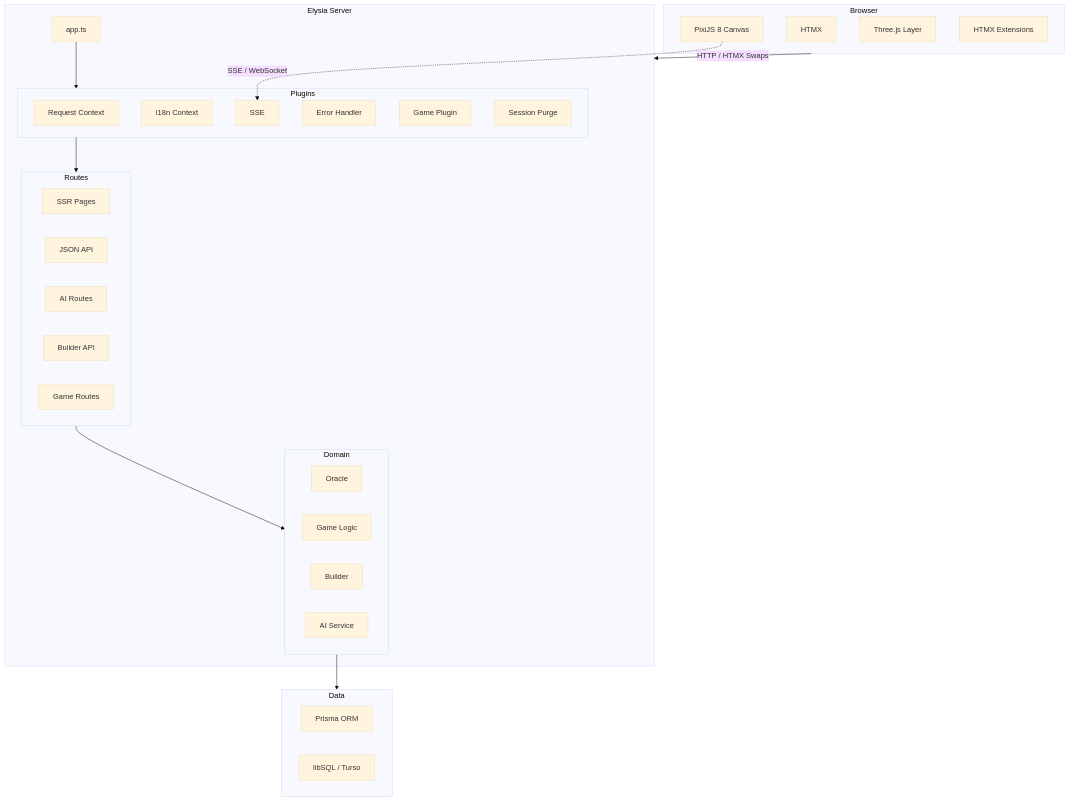
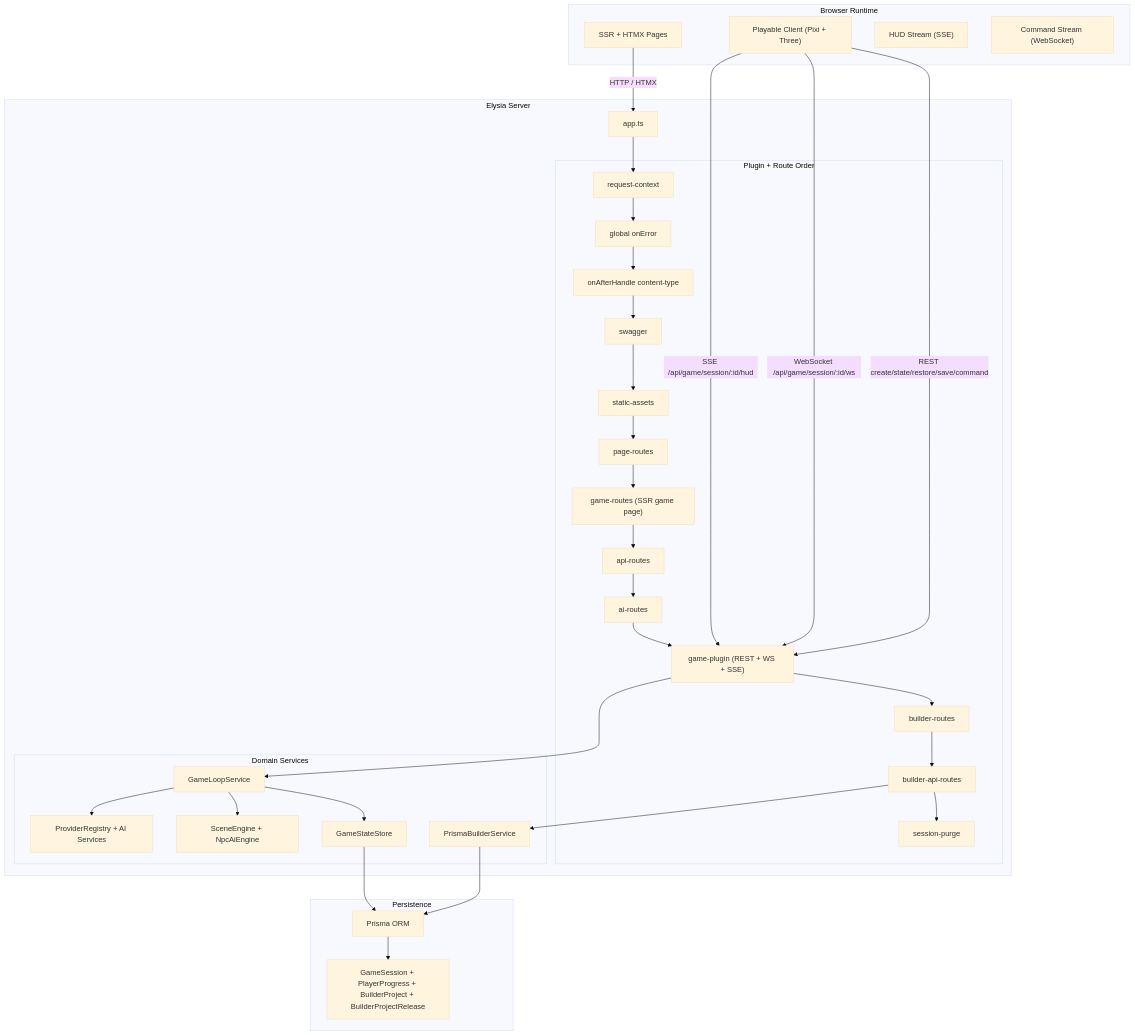
Before and after one commit to d4551/tea: the first of 12 diagrams in README.md, drawn with Mermaid (base theme). The commit also changed other lines of this file and 35 other files, not shown here.

Commit message:
refactor game runtime contracts, builder persistence, and docs

````diff
--- a/README.md
+++ b/README.md
@@ -124,46 +126,52 @@
 ```mermaid
 graph TB
-  subgraph Browser["Browser"]
-    HTMX["HTMX"]
-    PIXI["PixiJS 8 Canvas"]
-    THREE["Three.js Layer"]
-    EXT["HTMX Extensions"]
+  subgraph Browser["Browser Runtime"]
+    SSR["SSR + HTMX Pages"]
+    CLIENT["Playable Client (Pixi + Three)"]
+    SSEHUD["HUD Stream (SSE)"]
+    WS["Command Stream (WebSocket)"]
   end
 
   subgraph Elysia["Elysia Server"]
     APP["app.ts"]
 
-    subgraph Plugins
-      RC["Request Context"]
-      I18N["i18n Context"]
-      SSE["SSE"]
-      ERR["Error Handler"]
-      GP["Game Plugin"]
-      SP["Session Purge"]
+    subgraph PluginOrder["Plugin + Route Order"]
+      RC["request-context"]
+      EH["global onError"]
+      CT["onAfterHandle content-type"]
+      SW["swagger"]
+      SA["static-assets"]
+      PR["page-routes"]
+      GR["game-routes (SSR game page)"]
+      AR["api-routes"]
+      AIR["ai-routes"]
+      GP["game-plugin (REST + WS + SSE)"]
+      BR["builder-routes"]
+      BA["builder-api-routes"]
+      SP["session-purge"]
     end
 
-    subgraph Routes
-      PAGE["SSR Pages"]
-      API["JSON API"]
-      AIR["AI Routes"]
-      BLD["Builder API"]
-      GMR["Game Routes"]
-    end
-
-    subgraph Domain
-      ORC["Oracle"]
-      GML["Game Logic"]
-      BDS["Builder"]
-      AIS["AI Service"]
+    subgraph Domain["Domain Services"]
+      LOOP["GameLoopService"]
+      STORE["GameStateStore"]
+      SCENE["SceneEngine + NpcAiEngine"]
+      BUILDER["PrismaBuilderService"]
+      AI["ProviderRegistry + AI Services"]
     end
   end
 
-  subgraph Storage["Data"]
+  subgraph Storage["Persistence"]
     PRI["Prisma ORM"]
-    SQL["libSQL / Turso"]
+    DB["GameSession + PlayerProgress + BuilderProject + BuilderProjectRelease"]
   end
 
-  Browser -->|"HTTP / HTMX Swaps"| Elysia
-  APP --> Plugins --> Routes --> Domain --> Storage
-  PIXI -.->|"SSE / WebSocket"| SSE
+  SSR -->|"HTTP / HTMX"| APP
+  CLIENT -->|"REST create/state/restore/save/command"| GP
+  CLIENT -->|"WebSocket /api/game/session/:id/ws"| GP
+  CLIENT -->|"SSE /api/game/session/:id/hud"| GP
+  APP --> RC --> EH --> CT --> SW --> SA --> PR --> GR --> AR --> AIR --> GP --> BR --> BA --> SP
+  GP --> LOOP --> STORE --> PRI --> DB
+  LOOP --> SCENE
+  LOOP --> AI
+  BA --> BUILDER --> PRI
 ```
````
